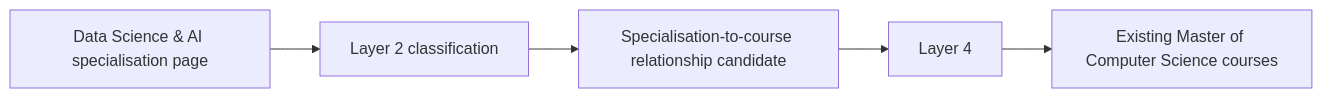
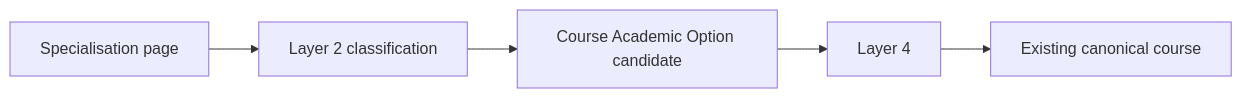
The second of 4 diagrams in docs/coursefinder-pilot-validation-wave1-v2.9.md (msinghbs-ai/coursefinder-admin), drawn with Mermaid before and after one commit. The commit also changed other lines of this file, not shown here.

````diff
--- a/docs/coursefinder-pilot-validation-wave1-v2.9.md
+++ b/docs/coursefinder-pilot-validation-wave1-v2.9.md
@@ -222,7 +247,7 @@
 ```mermaid
 flowchart LR
-    PAGE[Data Science & AI specialisation page] --> L2[Layer 2 classification]
-    L2 --> REL[Specialisation-to-course relationship candidate]
-    REL --> L4[Layer 4]
-    L4 --> COURSE[Existing Master of Computer Science courses]
+    PAGE[Specialisation page] --> L2[Layer 2 classification]
+    L2 --> AO[Course Academic Option candidate]
+    AO --> L4[Layer 4]
+    L4 --> COURSE[Existing canonical course]
 ```
````
